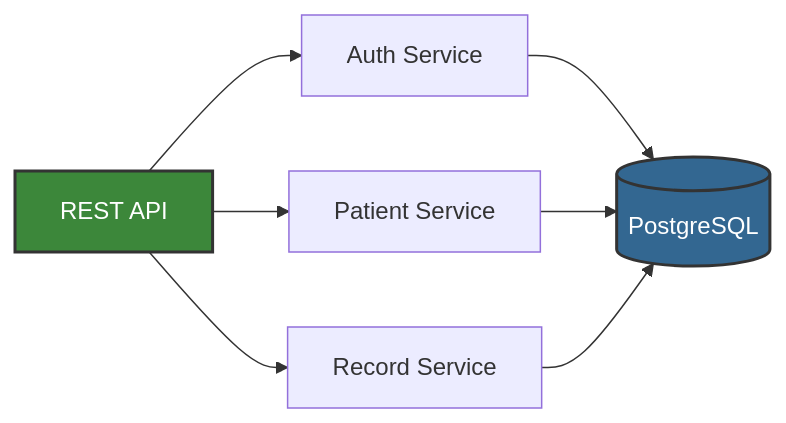
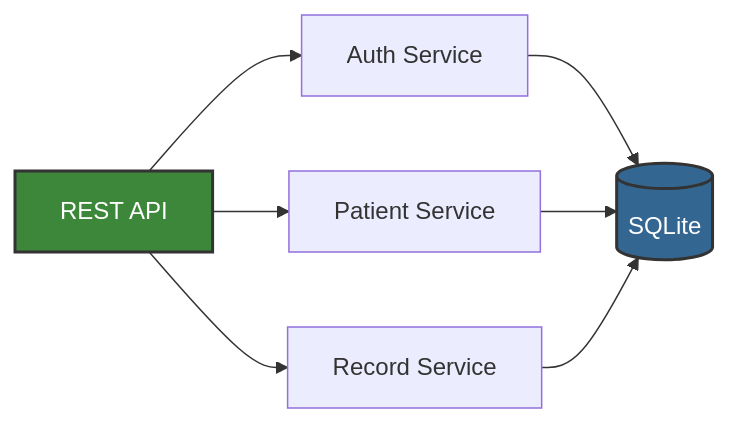
Before and after one commit to dIAgnoseTeam/dIAgnose: the third of 5 diagrams in README.md, drawn with Mermaid. The commit also changed other lines of this file, not shown here.

````diff
--- a/README.md
+++ b/README.md
@@ -97,13 +91,13 @@
 ```mermaid
 graph LR
     API[REST API] --> Auth[Auth Service]
     API --> Patient[Patient Service]
     API --> Record[Record Service]
 
-    Auth --> PG[(PostgreSQL)]
-    Patient --> PG
-    Record --> PG
+    Auth --> SQLite[(SQLite)]
+    Patient --> SQLite
+    Record --> SQLite
 
     style API fill:#3c873a,stroke:#333,stroke-width:2px,color:#fff
-    style PG fill:#336791,stroke:#333,stroke-width:2px,color:#fff
+    style SQLite fill:#336791,stroke:#333,stroke-width:2px,color:#fff
 ```
````
